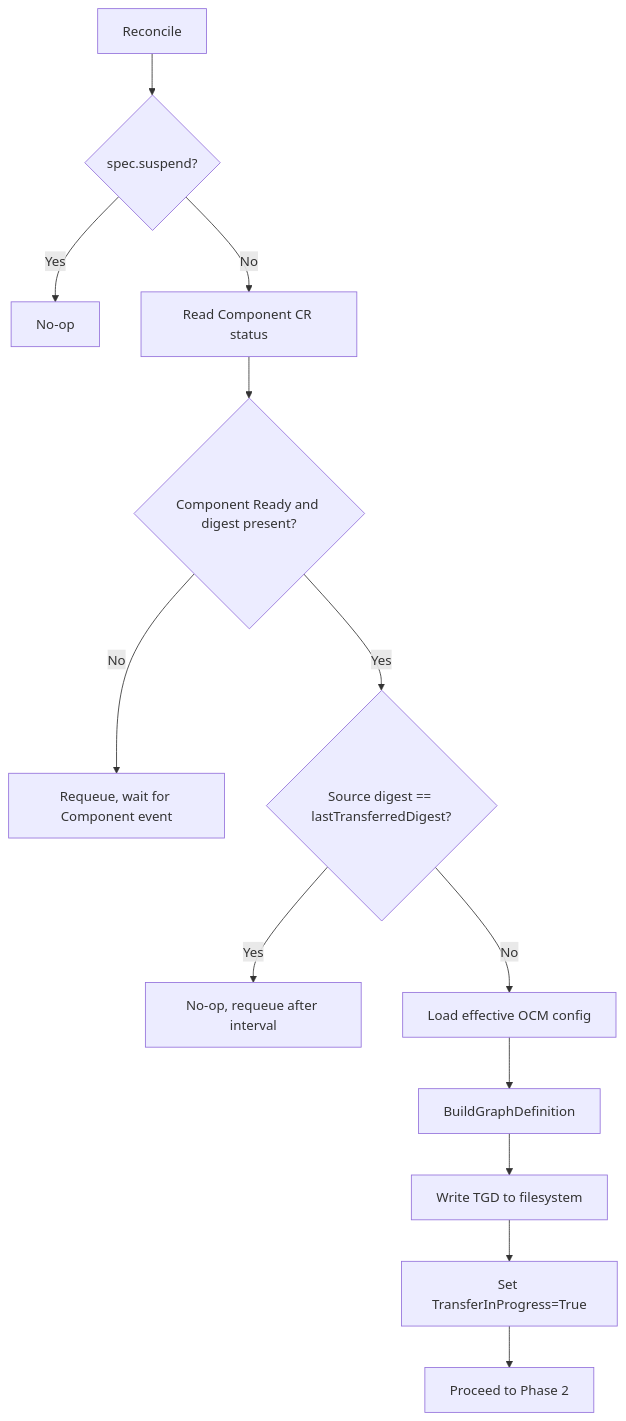
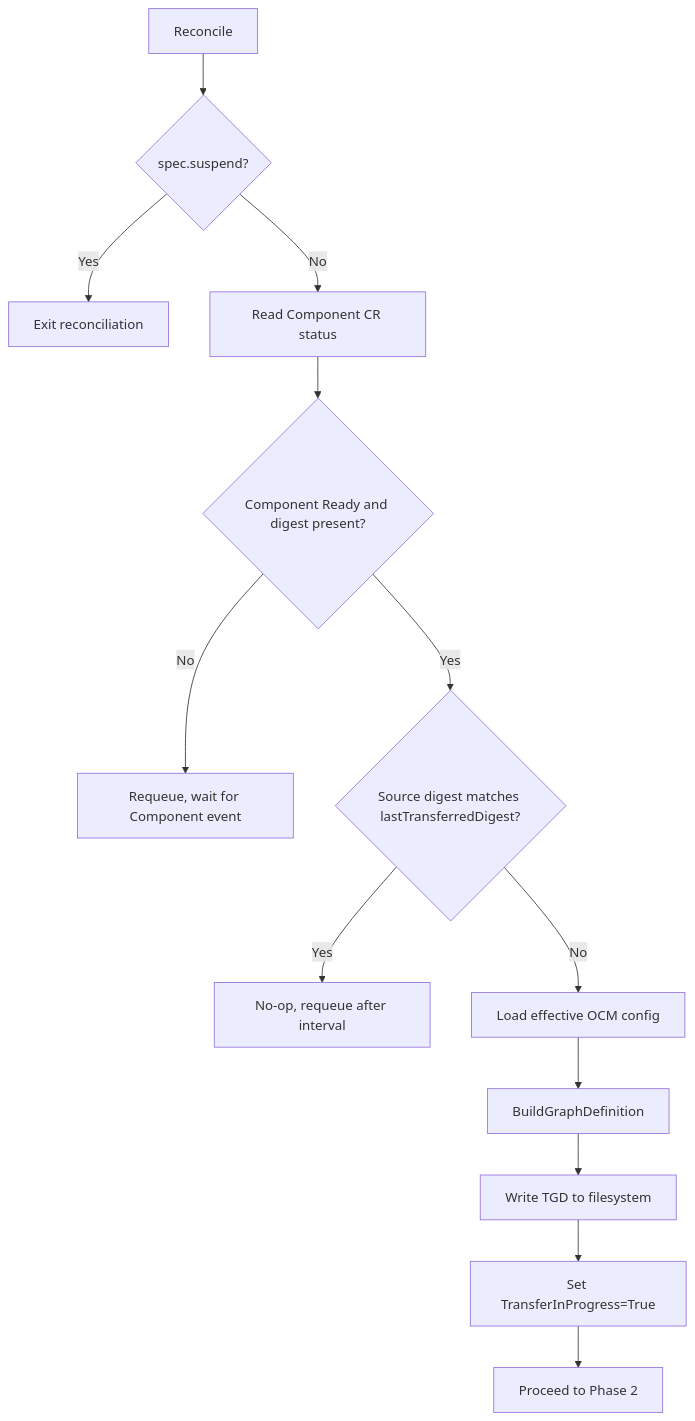
One commit to open-component-model/open-component-model changed the first of 2 diagrams in docs/adr/0017_replication_controller.md. Above: the diagram before and after it, drawn with Mermaid. The commit also changed other lines of this file, not shown here.

Commit message:
fixed the diagrams and removed configmap watch On-behalf-of: Gergely Brautigam <gergely.brautigam@sap.com>

````diff
--- a/docs/adr/0017_replication_controller.md
+++ b/docs/adr/0017_replication_controller.md
@@ -127,15 +127,15 @@
 ```mermaid
 flowchart TD
-    A[Reconcile] --> S{spec.suspend?}
-    S -->|Yes| SX[No-op]
-    S -->|No| A1[Read Component CR status]
-    A1 --> A2{Component Ready and digest present?}
-    A2 -->|No| A3[Requeue, wait for Component event]
-    A2 -->|Yes| C{Source digest == lastTransferredDigest?}
-    C -->|Yes| E[No-op, requeue after interval]
-    C -->|No| F[Load effective OCM config]
-    F --> G[BuildGraphDefinition]
-    G --> H[Write TGD to filesystem]
-    H --> I[Set TransferInProgress=True]
-    I --> J[Proceed to Phase 2]
+    A[Reconcile] --> B{spec.suspend?}
+    B -->|Yes| C[Exit reconciliation]
+    B -->|No| D[Read Component CR status]
+    D --> E{Component Ready and digest present?}
+    E -->|No| F[Requeue, wait for Component event]
+    E -->|Yes| G{Source digest matches lastTransferredDigest?}
+    G -->|Yes| H[No-op, requeue after interval]
+    G -->|No| I[Load effective OCM config]
+    I --> J[BuildGraphDefinition]
+    J --> K[Write TGD to filesystem]
+    K --> L[Set TransferInProgress=True]
+    L --> M[Proceed to Phase 2]
 ```
````
